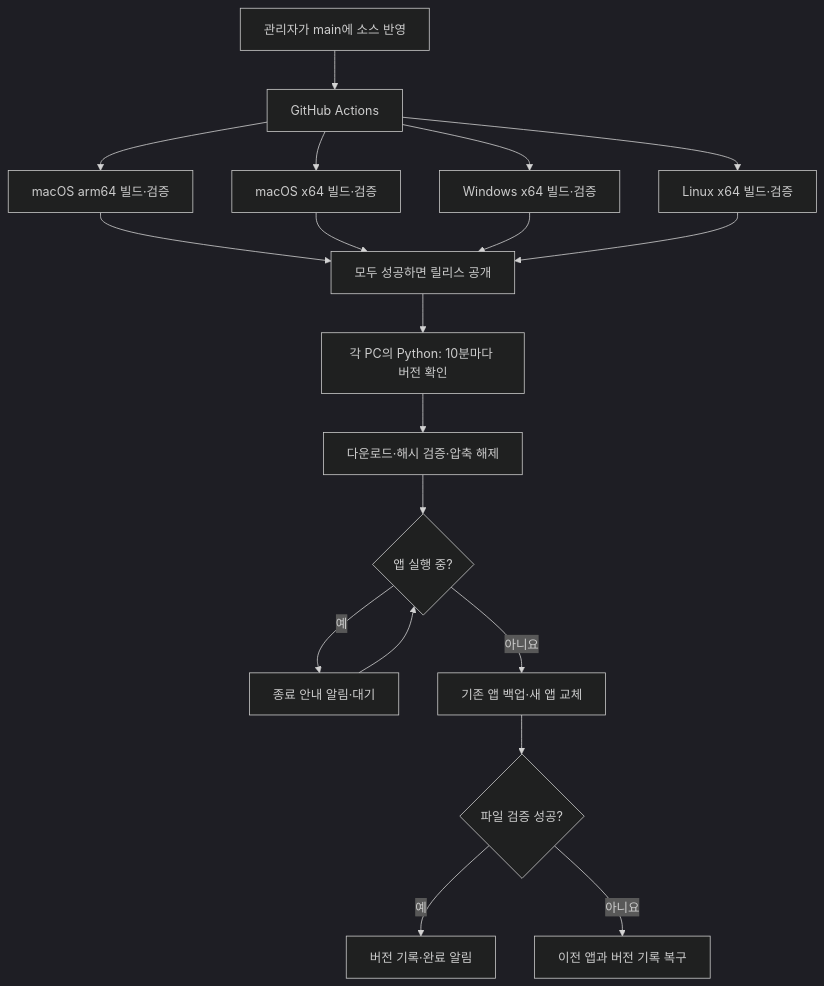
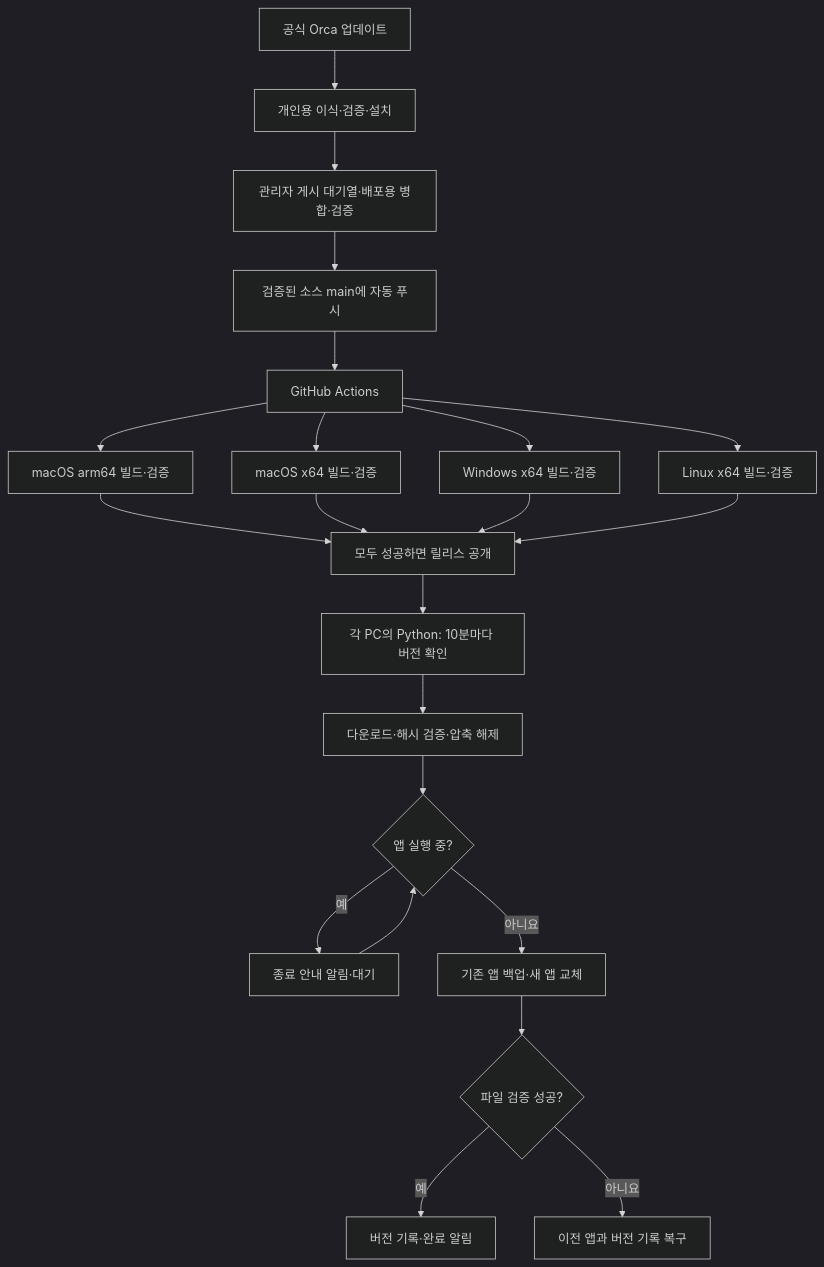
The diagram in distribution/ARCHITECTURE.md (geunyoung0120/dsm-mafia-custom-orca), drawn with Mermaid (dark theme) before and after one commit. The commit also changed other lines of this file and 8 other files, not shown here.

````diff
--- a/distribution/ARCHITECTURE.md
+++ b/distribution/ARCHITECTURE.md
@@ -5,18 +5,21 @@
 ```mermaid
 flowchart TD
-  A[관리자가 main에 소스 반영] --> B[GitHub Actions]
+  U[공식 Orca 업데이트] --> V[개인용 이식·검증·설치]
+  V --> W[관리자 게시 대기열·배포용 병합·검증]
+  W --> A[검증된 소스 main에 자동 푸시]
+  A --> B[GitHub Actions]
   B --> C[macOS arm64 빌드·검증]
   B --> D[macOS x64 빌드·검증]
   B --> E[Windows x64 빌드·검증]
   B --> F[Linux x64 빌드·검증]
   C & D & E & F --> G[모두 성공하면 릴리스 공개]
   G --> H[각 PC의 Python: 10분마다 버전 확인]
   H --> I[다운로드·해시 검증·압축 해제]
   I --> J{앱 실행 중?}
   J -->|예| K[종료 안내 알림·대기]
   K --> J
   J -->|아니요| L[기존 앱 백업·새 앱 교체]
   L --> M{파일 검증 성공?}
   M -->|예| N[버전 기록·완료 알림]
   M -->|아니요| O[이전 앱과 버전 기록 복구]
 ```
````
